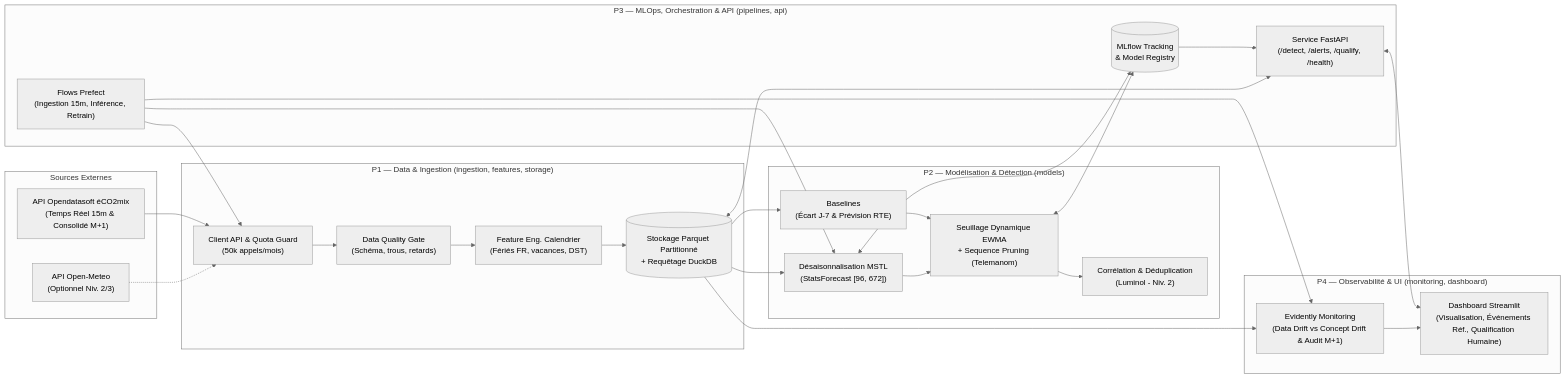
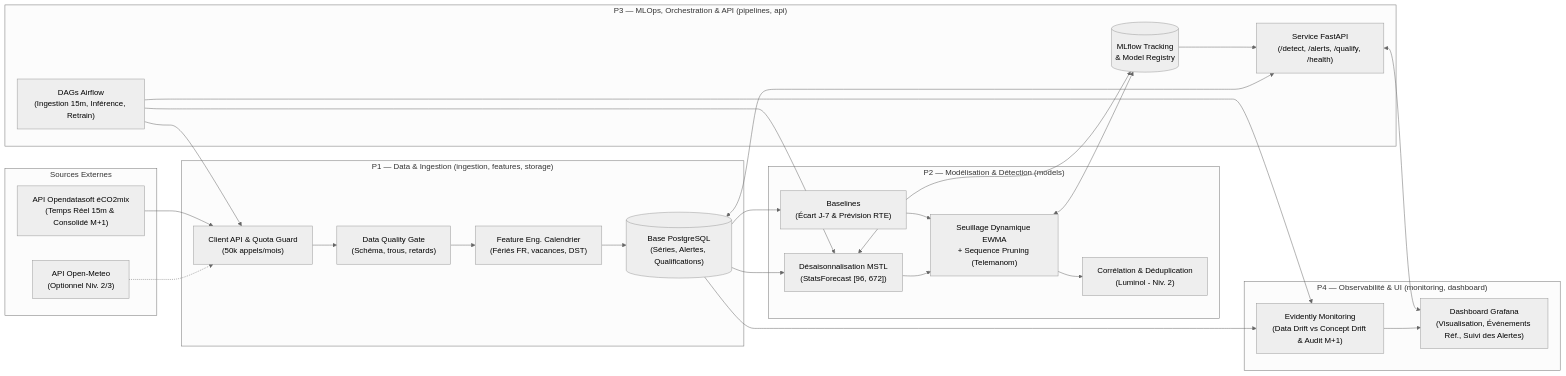
One commit to Sathapana/jun25_alt2_mle_mlops_anomalies_elec changed the diagram in README.md. Above: the diagram before and after it, drawn with Mermaid (neutral theme). The commit also changed other lines of this file and 2 other files, not shown here.

````diff
--- a/README.md
+++ b/README.md
@@ -22,44 +22,44 @@
 ```mermaid
 flowchart LR
     subgraph External ["Sources Externes"]
         ODS["API Opendatasoft éCO2mix<br/>(Temps Réel 15m & Consolidé M+1)"]
         METEO["API Open-Meteo<br/>(Optionnel Niv. 2/3)"]
     end
 
     subgraph P1 ["P1 — Data & Ingestion (ingestion, features, storage)"]
         ING["Client API & Quota Guard<br/>(50k appels/mois)"]
         DQ["Data Quality Gate<br/>(Schéma, trous, retards)"]
         CAL["Feature Eng. Calendrier<br/>(Fériés FR, vacances, DST)"]
-        PARQ[("Stockage Parquet Partitionné<br/>+ Requêtage DuckDB")]
+        PARQ[("Base PostgreSQL<br/>(Séries, Alertes, Qualifications)")]
     end
 
     subgraph P2 ["P2 — Modélisation & Détection (models)"]
         BASE["Baselines<br/>(Écart J-7 & Prévision RTE)"]
         MSTL["Désaisonnalisation MSTL<br/>(StatsForecast [96, 672])"]
         THRESH["Seuillage Dynamique EWMA<br/>+ Sequence Pruning (Telemanom)"]
         CORR["Corrélation & Déduplication<br/>(Luminol - Niv. 2)"]
     end
 
     subgraph P3 ["P3 — MLOps, Orchestration & API (pipelines, api)"]
-        PREF["Flows Prefect<br/>(Ingestion 15m, Inférence, Retrain)"]
+        PREF["DAGs Airflow<br/>(Ingestion 15m, Inférence, Retrain)"]
         MLF[("MLflow Tracking<br/>& Model Registry")]
         API["Service FastAPI<br/>(/detect, /alerts, /qualify, /health)"]
     end
 
     subgraph P4 ["P4 — Observabilité & UI (monitoring, dashboard)"]
         EVID["Evidently Monitoring<br/>(Data Drift vs Concept Drift & Audit M+1)"]
-        STR["Dashboard Streamlit<br/>(Visualisation, Événements Réf., Qualification Humaine)"]
+        STR["Dashboard Grafana<br/>(Visualisation, Événements Réf., Suivi des Alertes)"]
     end
 
     ODS --> ING --> DQ
     METEO -.-> ING
     DQ --> CAL --> PARQ
     PARQ --> BASE & MSTL
     BASE & MSTL --> THRESH --> CORR
     PREF --> ING & MSTL & EVID
     MSTL & THRESH <--> MLF
     MLF --> API
     PARQ <--> API
     API <--> STR
     PARQ --> EVID --> STR
 ```
````
